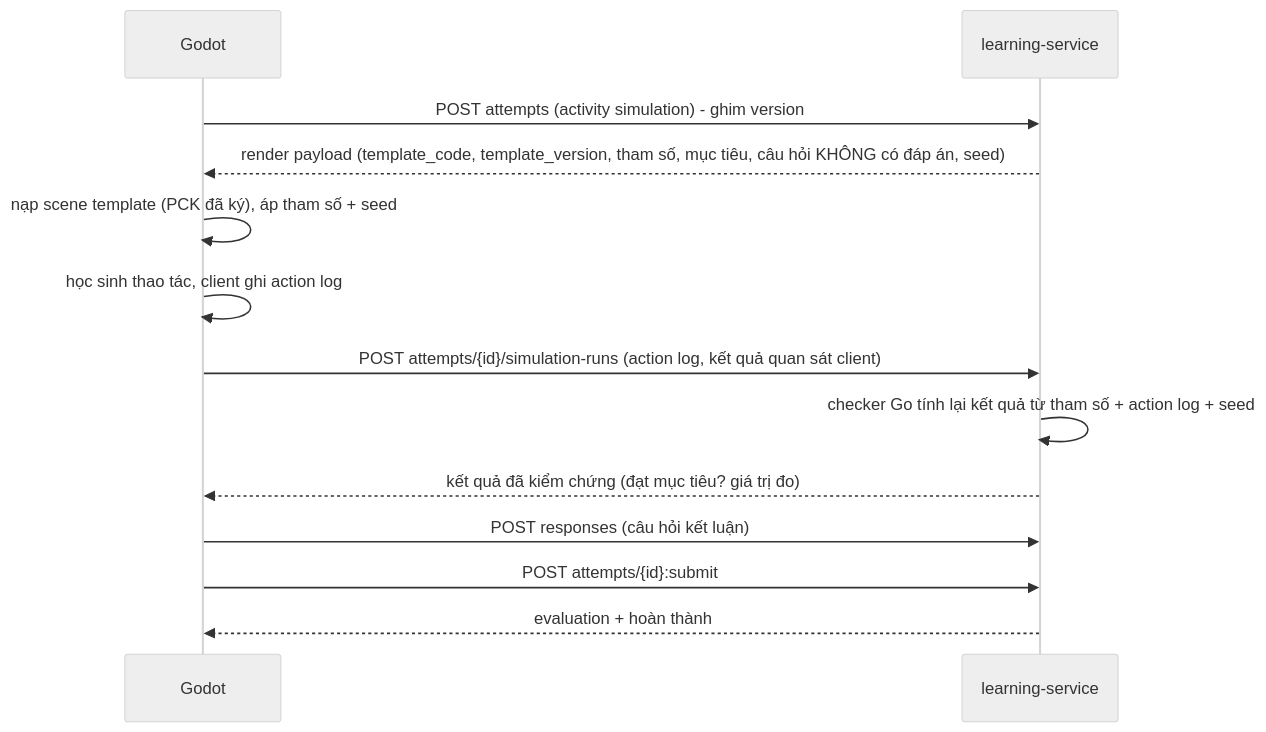
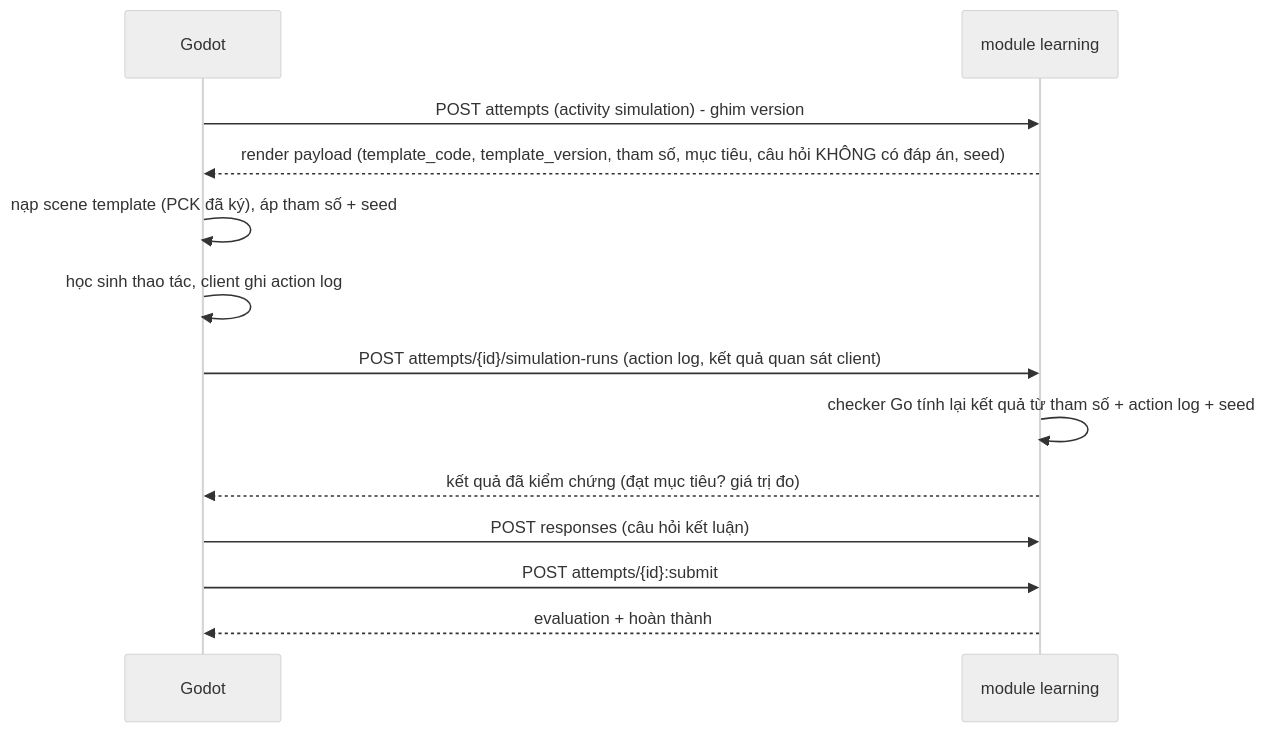
Before and after one commit to tanguyen2020/eduworld-platform: the diagram in docs/02-learning/SIMULATION_ENGINE.md, drawn with Mermaid (neutral theme). The commit also changed other lines of this file and 922 other files, not shown here.

````diff
--- a/docs/02-learning/SIMULATION_ENGINE.md
+++ b/docs/02-learning/SIMULATION_ENGINE.md
@@ -28,15 +28,15 @@
 ```mermaid
 sequenceDiagram
   participant G as Godot
-  participant L as learning-service
+  participant L as module learning
   G->>L: POST attempts (activity simulation) - ghim version
   L-->>G: render payload (template_code, template_version, tham số, mục tiêu, câu hỏi KHÔNG có đáp án, seed)
   G->>G: nạp scene template (PCK đã ký), áp tham số + seed
   G->>G: học sinh thao tác, client ghi action log
   G->>L: POST attempts/{id}/simulation-runs (action log, kết quả quan sát client)
   L->>L: checker Go tính lại kết quả từ tham số + action log + seed
   L-->>G: kết quả đã kiểm chứng (đạt mục tiêu? giá trị đo)
   G->>L: POST responses (câu hỏi kết luận)
   G->>L: POST attempts/{id}:submit
   L-->>G: evaluation + hoàn thành
 ```
````
